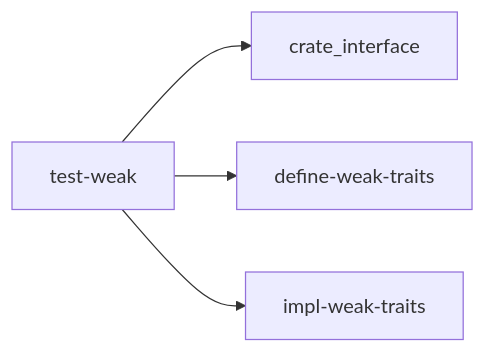
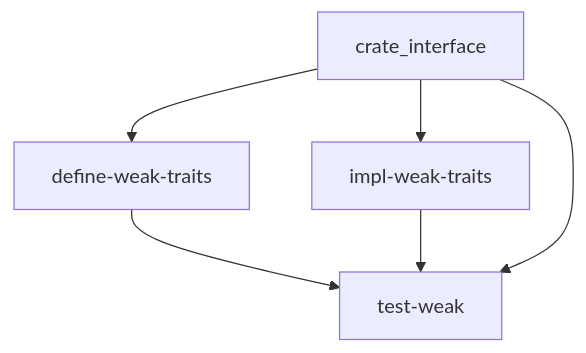
One commit to rcore-os/tgoskits changed the second of 2 diagrams in docs/crates/test-weak.md. Above: the diagram before and after it, drawn with Mermaid. The commit also changed other lines of this file and 99 other files, not shown here.

````diff
--- a/docs/crates/test-weak.md
+++ b/docs/crates/test-weak.md
@@ -32,7 +123,8 @@
 ```mermaid
-graph LR
-    current["test-weak"]
-    current --> crate_interface["crate_interface"]
-    current --> define_weak_traits["define-weak-traits"]
-    current --> impl_weak_traits["impl-weak-traits"]
+graph TD
+    A[define-weak-traits] --> C[test-weak]
+    B[impl-weak-traits] --> C
+    D[crate_interface] --> A
+    D --> B
+    D --> C
 ```
````
